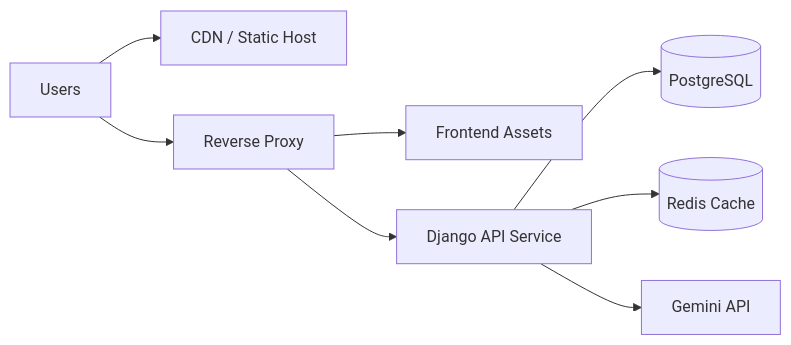
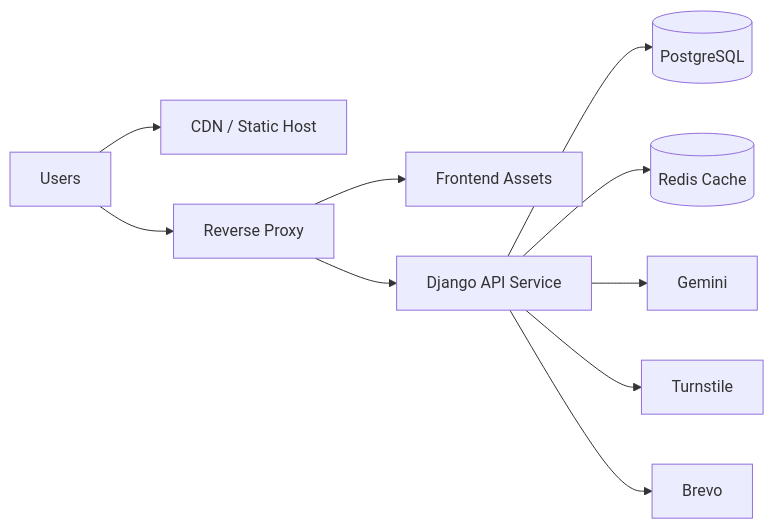
One commit to avocadoise/EnvergaArena changed the diagram in architecture/07-deployment-and-operations.md. Above: the diagram before and after it, drawn with Mermaid. The commit also changed other lines of this file, not shown here.

````diff
--- a/architecture/07-deployment-and-operations.md
+++ b/architecture/07-deployment-and-operations.md
@@ -121,10 +180,12 @@
 ```mermaid
 flowchart LR
     U[Users] --> CDN[CDN / Static Host]
     U --> RP[Reverse Proxy]
     RP --> FE[Frontend Assets]
     RP --> API[Django API Service]
     API --> PG[(PostgreSQL)]
     API --> RC[(Redis Cache)]
-    API --> LLM[Gemini API]
+    API --> LLM[Gemini]
+    API --> CF[Turnstile]
+    API --> BR[Brevo]
 ```
````
